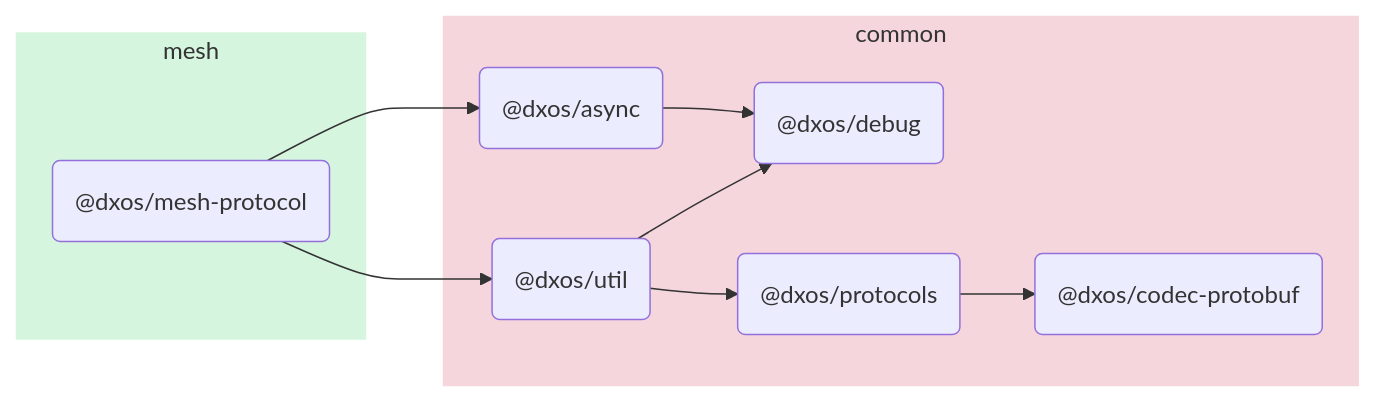
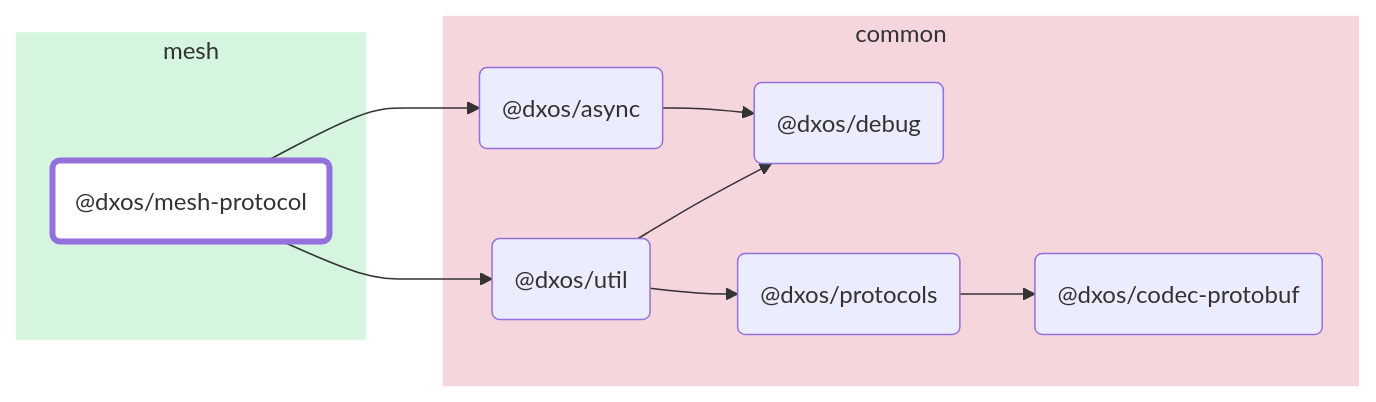
Before and after one commit to dxos/dxos: the diagram in packages/mesh/mesh-protocol/docs/README.md, drawn with Mermaid. The commit also changed other lines of this file and 88 other files, not shown here.

````diff
--- a/packages/mesh/mesh-protocol/docs/README.md
+++ b/packages/mesh/mesh-protocol/docs/README.md
@@ -5,24 +7,32 @@
 ```mermaid
 flowchart LR;
+
+style dxos/mesh-protocol fill:#fff,stroke-width:4px;
+
+click dxos/async "https:/github.com/dxos/dxos/tree/main/packages/common/async/docs";
+click dxos/debug "https:/github.com/dxos/dxos/tree/main/packages/common/debug/docs";
+click dxos/codec-protobuf "https:/github.com/dxos/dxos/tree/main/packages/common/codec-protobuf/docs";
+click dxos/util "https:/github.com/dxos/dxos/tree/main/packages/common/util/docs";
+click dxos/protocols "https:/github.com/dxos/dxos/tree/main/packages/common/protocols/docs";
 
 subgraph mesh
   style mesh fill:#d6f5de,stroke:#fff;
   dxos/mesh-protocol("@dxos/mesh-protocol");
 end
 
 subgraph common
   style common fill:#f5d6dd,stroke:#fff;
   dxos/async("@dxos/async");
   dxos/debug("@dxos/debug");
   dxos/codec-protobuf("@dxos/codec-protobuf");
   dxos/util("@dxos/util");
   dxos/protocols("@dxos/protocols");
 end
 
 dxos/mesh-protocol --> dxos/async;
 dxos/async --> dxos/debug;
 dxos/mesh-protocol --> dxos/util;
 dxos/util --> dxos/debug;
 dxos/util --> dxos/protocols;
 dxos/protocols --> dxos/codec-protobuf;
 ```
````
